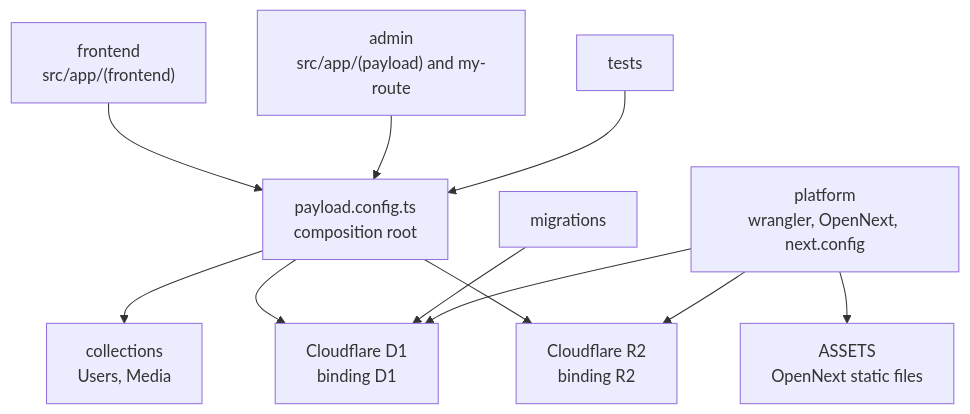
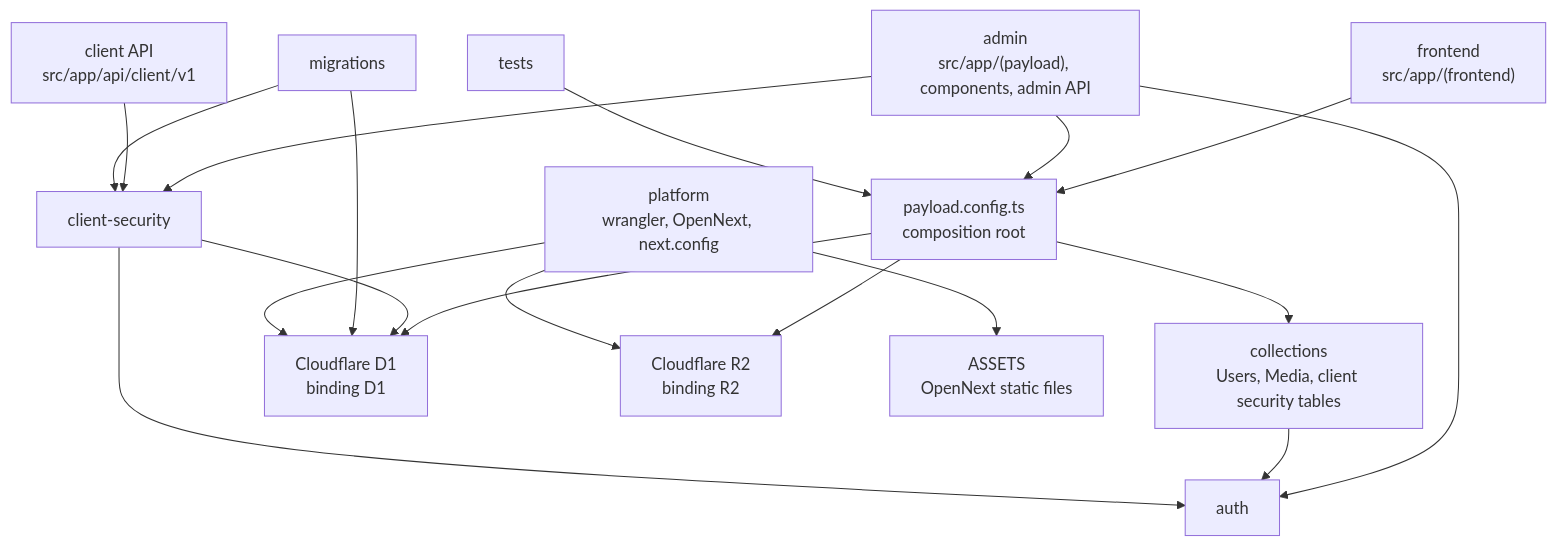
The first of 2 diagrams in docs/ARCHITECTURE.md (AIKitLLC/cloudflare-admin-template), drawn with Mermaid before and after one commit. The commit also changed other lines of this file and 1 other file, not shown here.

Commit message:
docs: refresh status and architecture for main at 5151642

````diff
--- a/docs/ARCHITECTURE.md
+++ b/docs/ARCHITECTURE.md
@@ -52,24 +58,34 @@
 ```mermaid
 flowchart TD
   frontend["frontend<br/>src/app/(frontend)"]
-  admin["admin<br/>src/app/(payload) and my-route"]
+  admin["admin<br/>src/app/(payload), components, admin API"]
+  client["client API<br/>src/app/api/client/v1"]
   tests["tests"]
   config["payload.config.ts<br/>composition root"]
-  collections["collections<br/>Users, Media"]
+  collections["collections<br/>Users, Media, client security tables"]
+  security["client-security"]
+  auth["auth"]
   migrations["migrations"]
   platform["platform<br/>wrangler, OpenNext, next.config"]
   d1["Cloudflare D1<br/>binding D1"]
   r2["Cloudflare R2<br/>binding R2"]
   assets["ASSETS<br/>OpenNext static files"]
 
   frontend --> config
   admin --> config
+  admin --> security
+  admin --> auth
+  client --> security
   tests --> config
   config --> collections
   config --> d1
   config --> r2
+  collections --> auth
+  security --> auth
+  security --> d1
+  migrations --> security
   migrations --> d1
   platform --> d1
   platform --> r2
   platform --> assets
 ```
````
